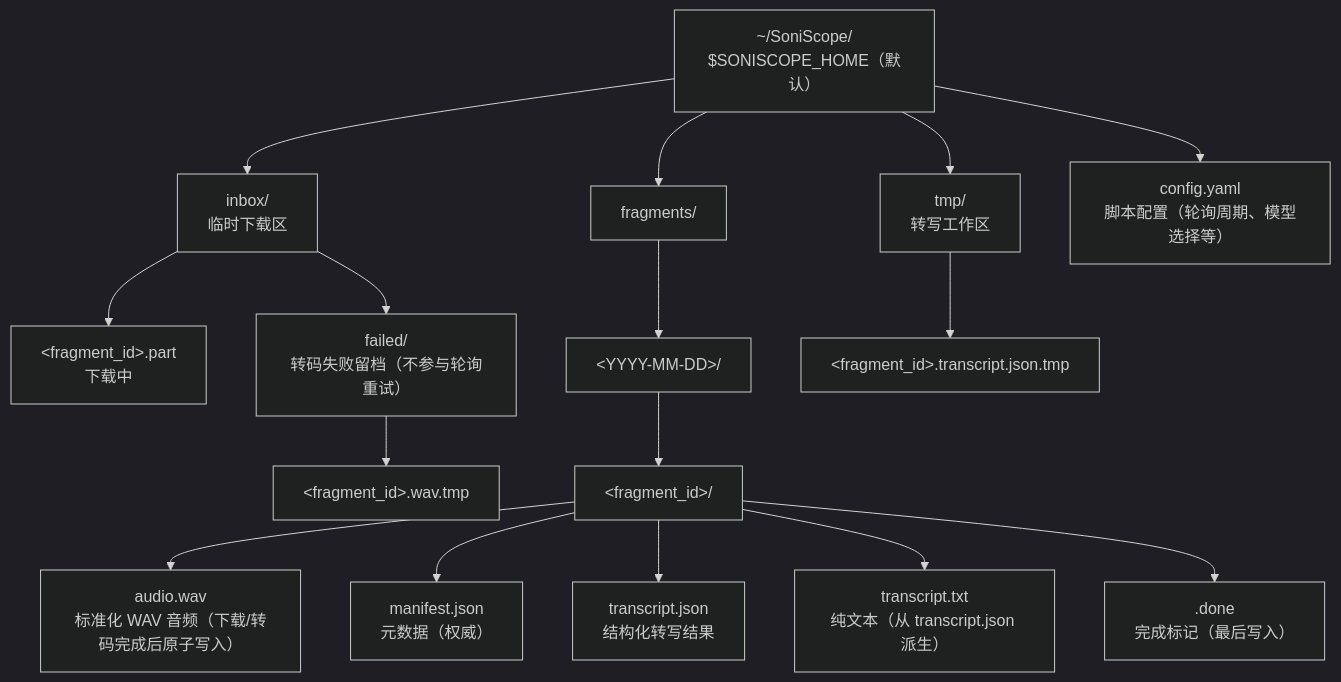
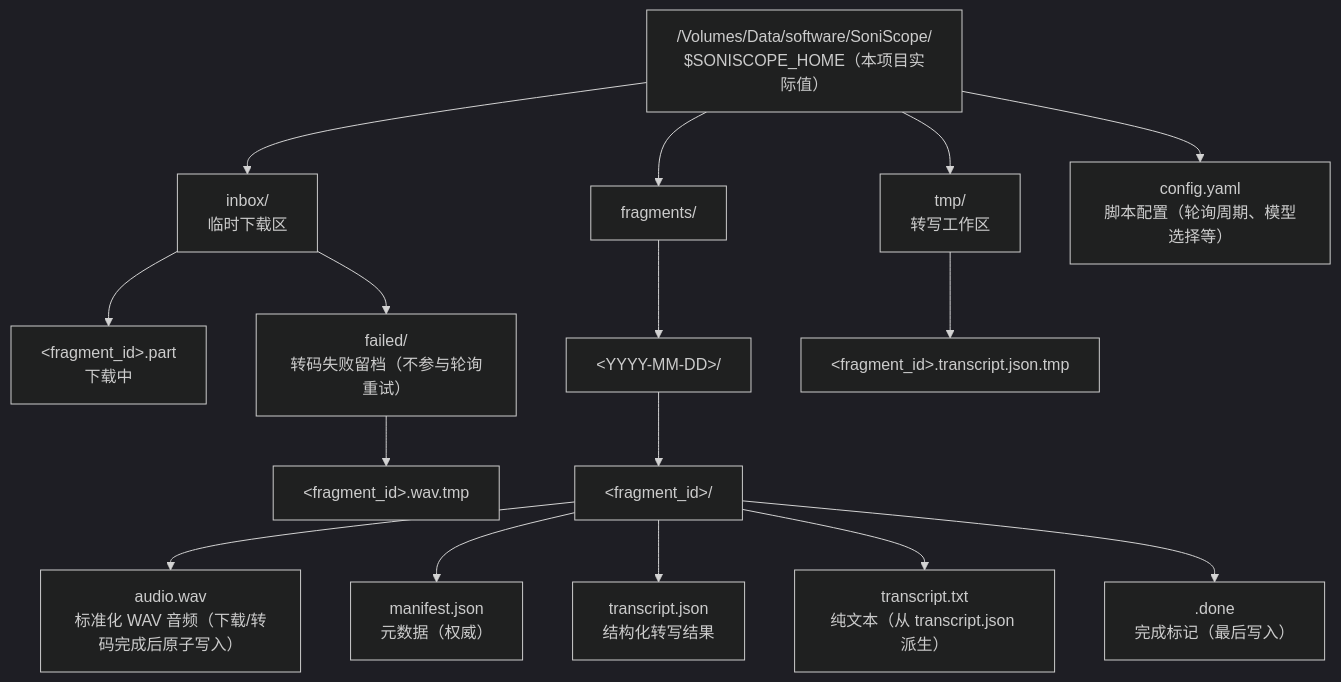
One commit to PhycheL/Soniscope changed the third of 6 diagrams in docs/tech-spec.md. Above: the diagram before and after it, drawn with Mermaid (dark theme). The commit also changed other lines of this file and 1 other file, not shown here.

````diff
--- a/docs/tech-spec.md
+++ b/docs/tech-spec.md
@@ -114,35 +114,35 @@
 ```mermaid
 flowchart TD
-    home["~/SoniScope/<br/>$SONISCOPE_HOME（默认）"]
+    home["/Volumes/Data/software/SoniScope/<br/>$SONISCOPE_HOME（本项目实际值）"]
     inbox["inbox/<br/>临时下载区"]
     part["&lt;fragment_id&gt;.part<br/>下载中"]
     failed["failed/<br/>转码失败留档（不参与轮询重试）"]
     failedTmp["&lt;fragment_id&gt;.wav.tmp"]
     fragments["fragments/"]
     date["&lt;YYYY-MM-DD&gt;/"]
     fragment["&lt;fragment_id&gt;/"]
     audio["audio.wav<br/>标准化 WAV 音频（下载/转码完成后原子写入）"]
     manifest["manifest.json<br/>元数据（权威）"]
     transcriptJson["transcript.json<br/>结构化转写结果"]
     transcriptTxt["transcript.txt<br/>纯文本（从 transcript.json 派生）"]
     done[".done<br/>完成标记（最后写入）"]
     tmp["tmp/<br/>转写工作区"]
     tmpTranscript["&lt;fragment_id&gt;.transcript.json.tmp"]
     config["config.yaml<br/>脚本配置（轮询周期、模型选择等）"]
 
     home --> inbox
     inbox --> part
     inbox --> failed
     failed --> failedTmp
     home --> fragments
     fragments --> date
     date --> fragment
     fragment --> audio
     fragment --> manifest
     fragment --> transcriptJson
     fragment --> transcriptTxt
     fragment --> done
     home --> tmp
     tmp --> tmpTranscript
     home --> config
 ```
````
